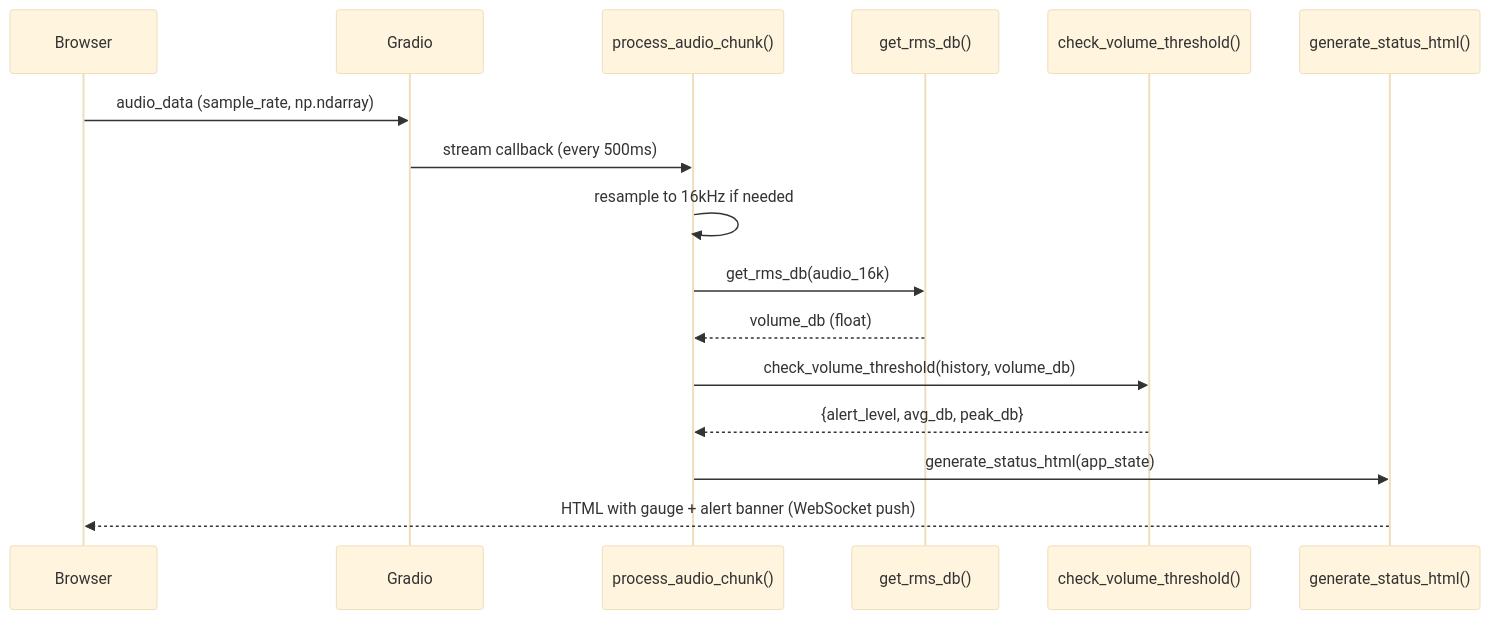
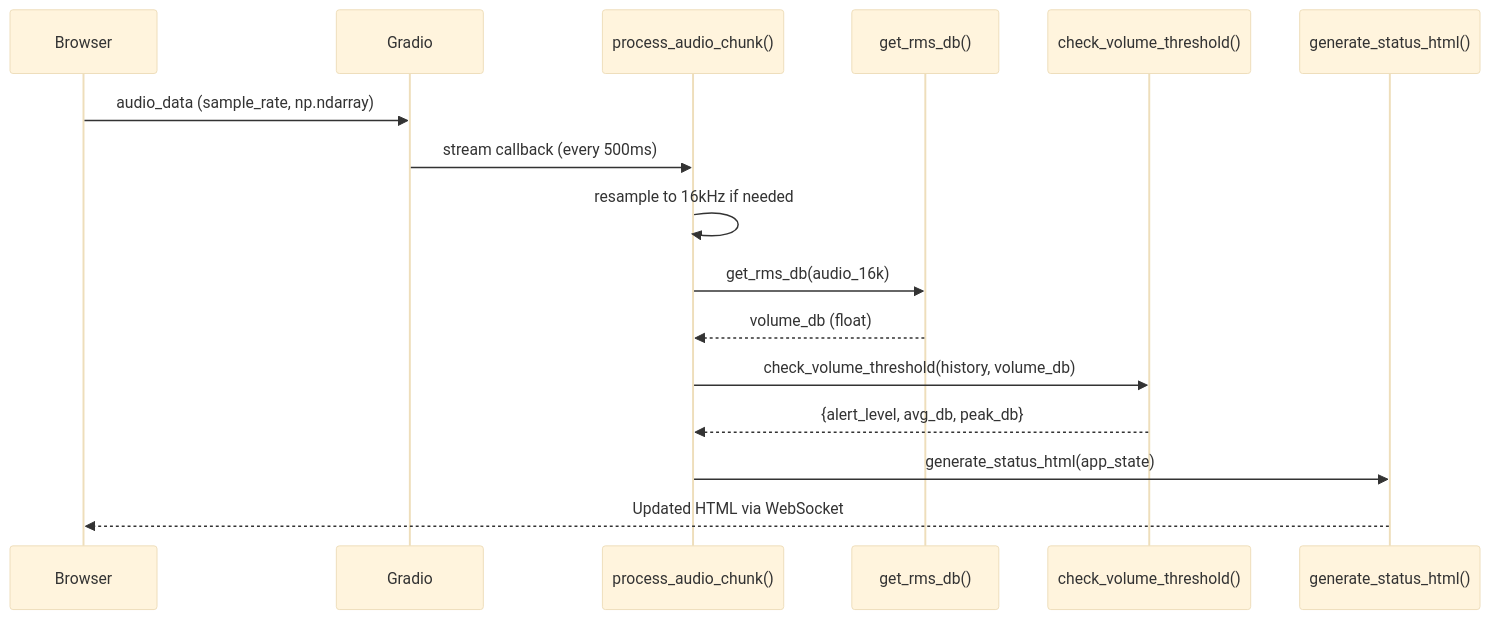
Before and after one commit to bookseal/sentinel-real-time-cognitive-assistant: the third of 3 diagrams in README.md, drawn with Mermaid (base theme). The commit also changed other lines of this file, not shown here.

````diff
--- a/README.md
+++ b/README.md
@@ -128,19 +128,19 @@
 ```mermaid
 sequenceDiagram
     participant B as Browser
     participant G as Gradio
     participant P as process_audio_chunk()
     participant RMS as get_rms_db()
     participant CVT as check_volume_threshold()
     participant UI as generate_status_html()
 
     B->>G: audio_data (sample_rate, np.ndarray)
     G->>P: stream callback (every 500ms)
     P->>P: resample to 16kHz if needed
     P->>RMS: get_rms_db(audio_16k)
     RMS-->>P: volume_db (float)
     P->>CVT: check_volume_threshold(history, volume_db)
     CVT-->>P: {alert_level, avg_db, peak_db}
     P->>UI: generate_status_html(app_state)
-    UI-->>B: HTML with gauge + alert banner (WebSocket push)
+    UI-->>B: Updated HTML via WebSocket
 ```
````
